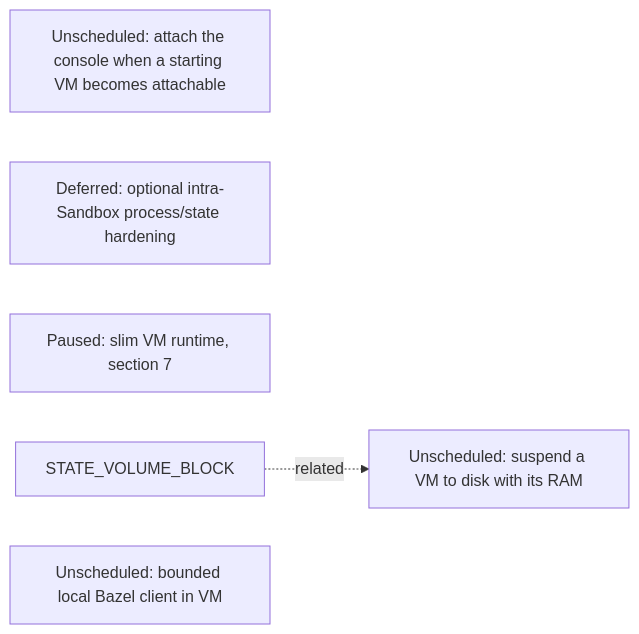
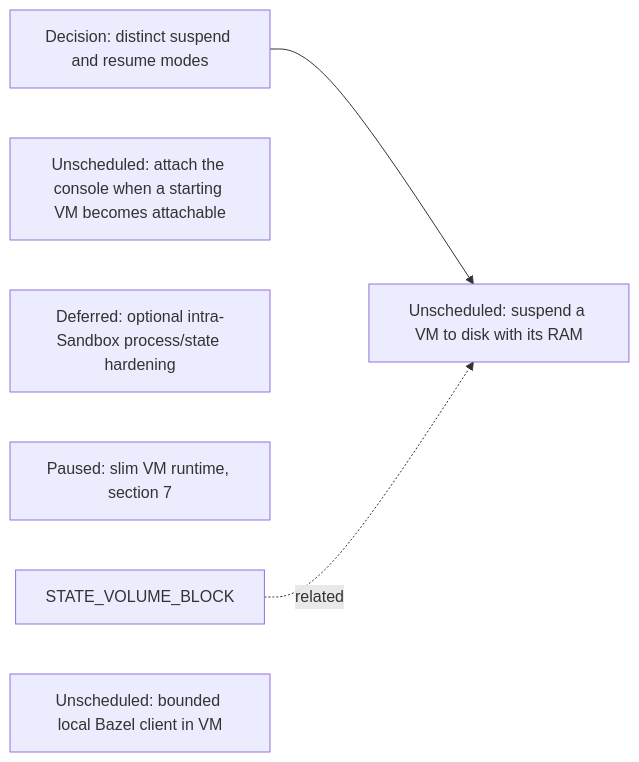
Before and after one commit to agentydragon/ducktape: the fifth of 17 diagrams in agentplane/plans/task_dag.md, drawn with Mermaid. The commit also changed other lines of this file and 7 other files, not shown here.

````diff
--- a/agentplane/plans/task_dag.md
+++ b/agentplane/plans/task_dag.md
@@ -795,9 +818,11 @@
 ```mermaid
 flowchart LR
+    ENVIRONMENT_SUSPEND_MODES_DESIGN[Decision: distinct suspend and resume modes]
     VM_RAM_SUSPEND[Unscheduled: suspend a VM to disk with its RAM]
+    ENVIRONMENT_SUSPEND_MODES_DESIGN --> VM_RAM_SUSPEND
     VM_CONSOLE_DEFERRED_ATTACH[Unscheduled: attach the console when a starting VM becomes attachable]
     VM_INTRA_SANDBOX_HARDENING[Deferred: optional intra-Sandbox process/state hardening]
     RUNNER_LAYERING_VM[Paused: slim VM runtime, section 7]
     STATE_VOLUME_BLOCK -. related .-> VM_RAM_SUSPEND
     LOCAL_BAZEL[Unscheduled: bounded local Bazel client in VM]
 ```
````
